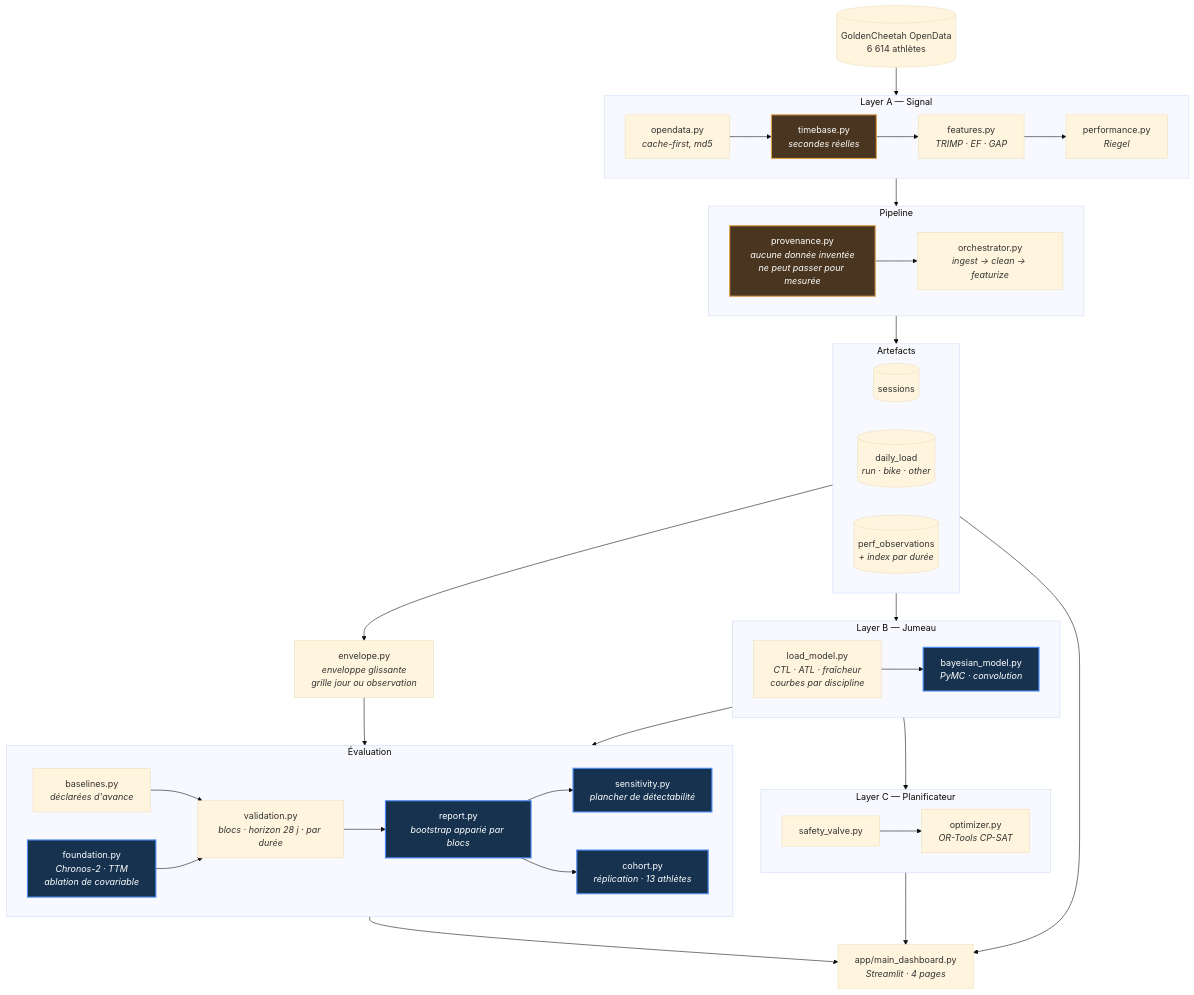
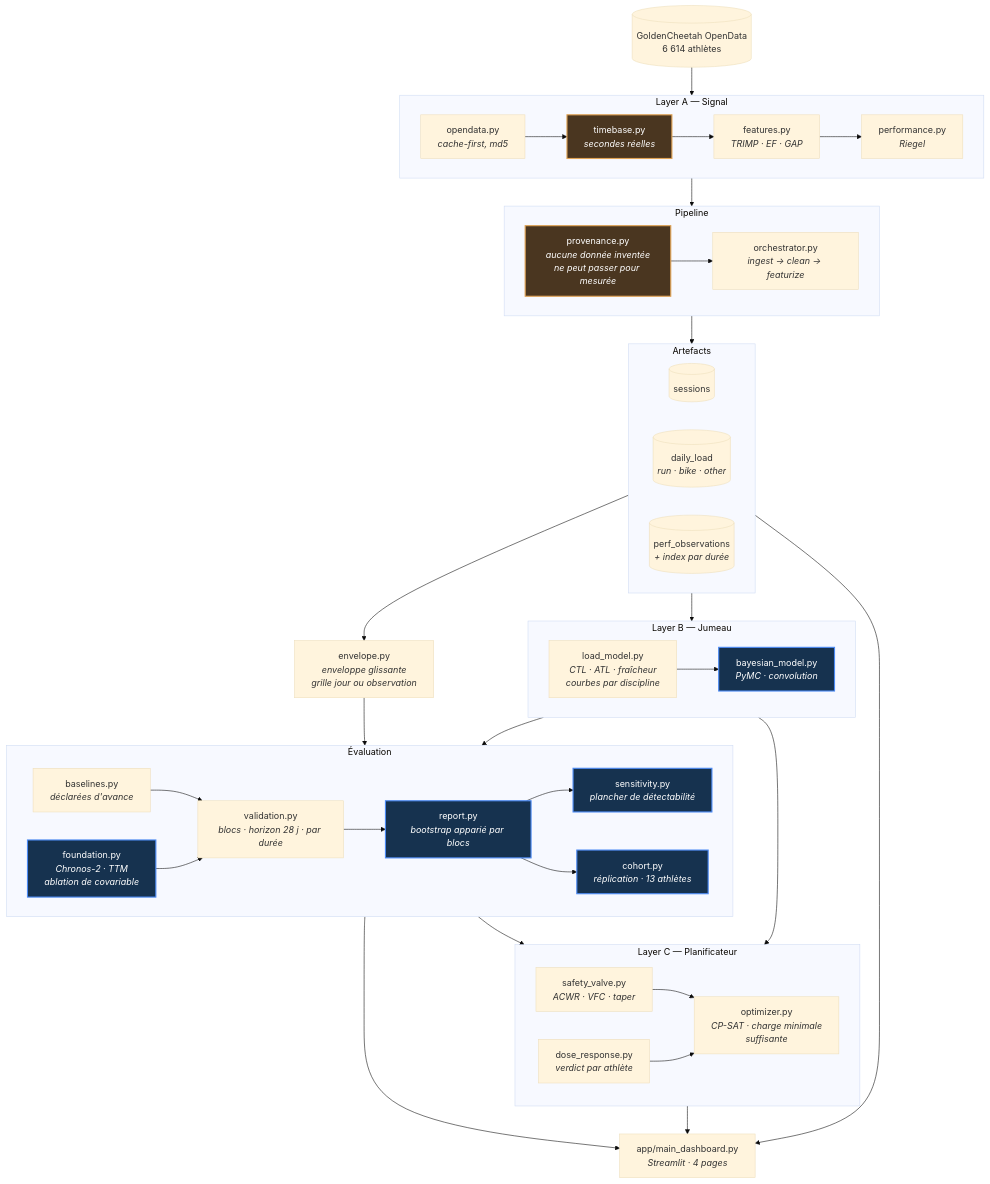
One commit to louisrodembourg/Adaptive-digital-twin-endurance changed the diagram in README.md. Above: the diagram before and after it, drawn with Mermaid (base theme). The commit also changed other lines of this file and 1 other file, not shown here.

````diff
--- a/README.md
+++ b/README.md
@@ -575,73 +713,76 @@
 ```mermaid
 flowchart TB
     OSF[("GoldenCheetah OpenData<br/>6 614 athlètes")]
 
     subgraph A["Layer A — Signal"]
         direction LR
         ING["opendata.py<br/><i>cache-first, md5</i>"]
         TB["timebase.py<br/><i>secondes réelles</i>"]
         FEAT["features.py<br/><i>TRIMP · EF · GAP</i>"]
         PERF["performance.py<br/><i>Riegel</i>"]
         ING --> TB --> FEAT --> PERF
     end
 
     subgraph P["Pipeline"]
         direction LR
         PROV["provenance.py<br/><i>aucune donnée inventée<br/>ne peut passer pour mesurée</i>"]
         ORCH["orchestrator.py<br/><i>ingest → clean → featurize</i>"]
         PROV --> ORCH
     end
 
     subgraph STORE["Artefacts"]
         direction LR
         S1[("sessions")]
         S2[("daily_load<br/><i>run · bike · other</i>")]
         S3[("perf_observations<br/><i>+ index par durée</i>")]
     end
 
     ENV["envelope.py<br/><i>enveloppe glissante<br/>grille jour ou observation</i>"]
 
     subgraph B["Layer B — Jumeau"]
         direction LR
         LOAD["load_model.py<br/><i>CTL · ATL · fraîcheur<br/>courbes par discipline</i>"]
         BAYES["bayesian_model.py<br/><i>PyMC · convolution</i>"]
         LOAD --> BAYES
     end
 
     subgraph E["Évaluation"]
         direction LR
         BASE["baselines.py<br/><i>déclarées d'avance</i>"]
         FND["foundation.py<br/><i>Chronos-2 · TTM<br/>ablation de covariable</i>"]
         SENS["sensitivity.py<br/><i>plancher de détectabilité</i>"]
         COH["cohort.py<br/><i>réplication · 13 athlètes</i>"]
         VALID["validation.py<br/><i>blocs · horizon 28 j · par durée</i>"]
         REPORT["report.py<br/><i>bootstrap apparié par blocs</i>"]
         BASE --> VALID --> REPORT
         FND --> VALID
         REPORT --> SENS
         REPORT --> COH
     end
 
     subgraph C["Layer C — Planificateur"]
         direction LR
-        SAFE["safety_valve.py"]
-        OPT["optimizer.py<br/><i>OR-Tools CP-SAT</i>"]
+        DOSE["dose_response.py<br/><i>verdict par athlète</i>"]
+        SAFE["safety_valve.py<br/><i>ACWR · VFC · taper</i>"]
+        OPT["optimizer.py<br/><i>CP-SAT · charge minimale<br/>suffisante</i>"]
         SAFE --> OPT
+        DOSE --> OPT
     end
 
     UI["app/main_dashboard.py<br/><i>Streamlit · 4 pages</i>"]
 
     OSF --> A --> P --> STORE
     STORE --> ENV --> E
     STORE --> B
     B --> E
     B --> C
+    E --> DOSE
     E --> UI
     C --> UI
     STORE --> UI
 
     classDef result fill:#16324f,stroke:#4c8bf5,stroke-width:2px,color:#fff
     classDef guard fill:#4a3620,stroke:#e0a355,stroke-width:2px,color:#fff
     class REPORT,BAYES,FND,SENS,COH result
     class PROV,TB guard
 ```
````
